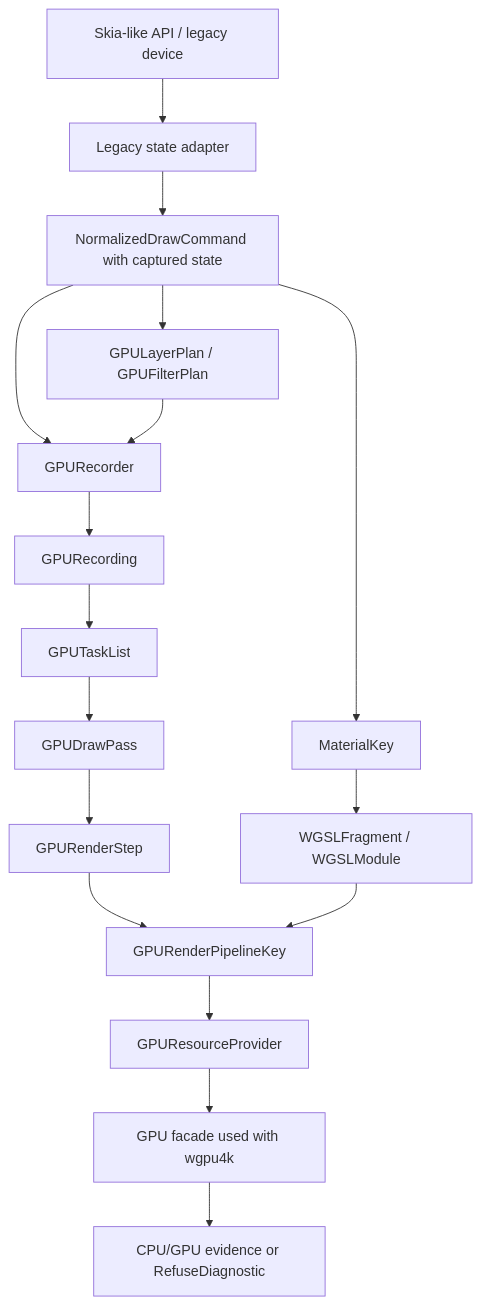
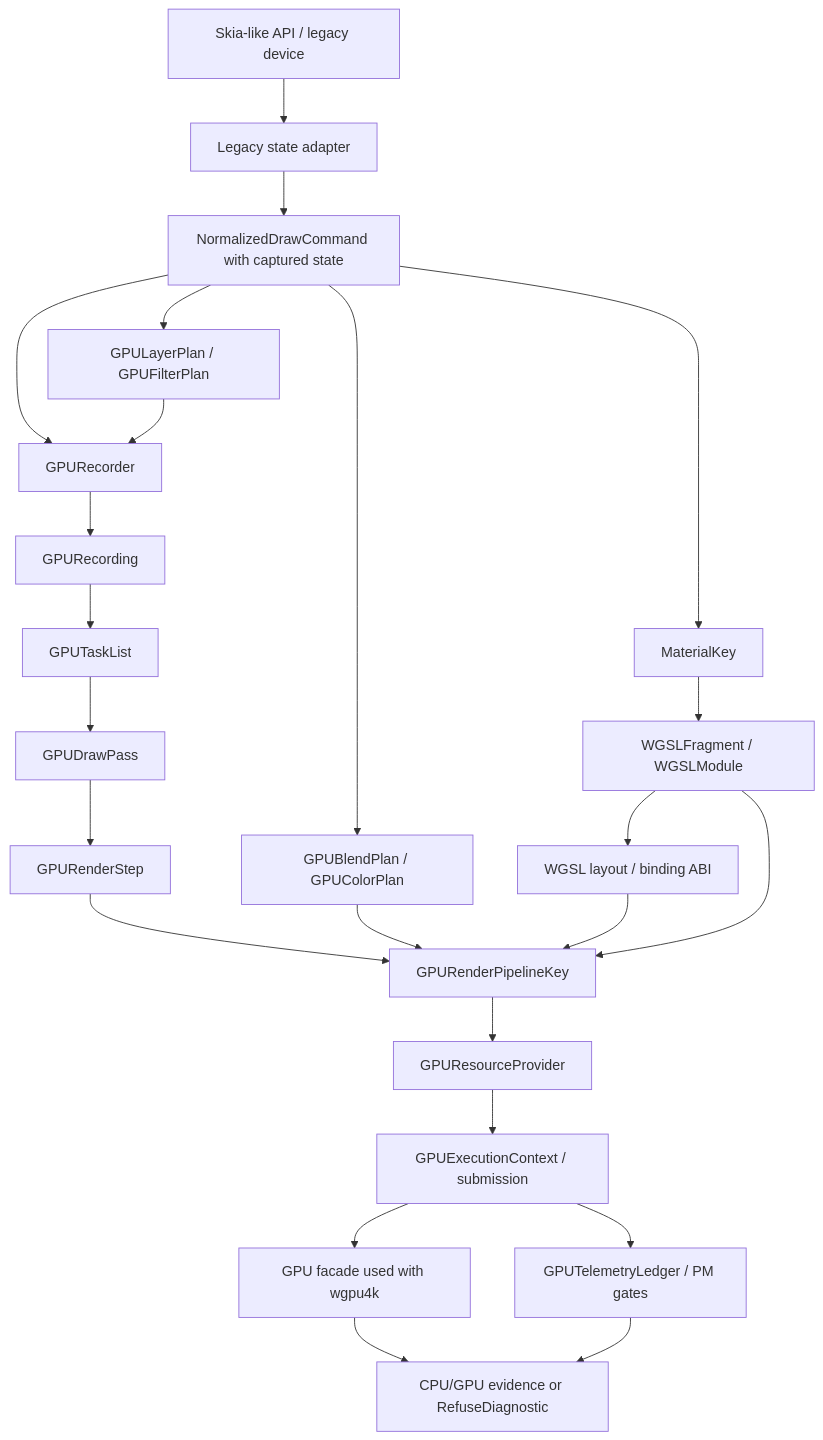
The diagram in .upstream/specs/gpu-renderer/README.md (ygdrasil-io/kanvas), drawn with Mermaid before and after one commit. The commit also changed other lines of this file and 8 other files, not shown here.

````diff
--- a/.upstream/specs/gpu-renderer/README.md
+++ b/.upstream/specs/gpu-renderer/README.md
@@ -119,19 +136,26 @@
 ```mermaid
 flowchart TD
     legacy["Skia-like API / legacy device"] --> adapter["Legacy state adapter"]
     adapter --> command["NormalizedDrawCommand with captured state"]
     command --> layerplan["GPULayerPlan / GPUFilterPlan"]
     command --> recorder["GPURecorder"]
     layerplan --> recorder
     recorder --> recording["GPURecording"]
     recording --> tasks["GPUTaskList"]
     tasks --> drawpass["GPUDrawPass"]
     drawpass --> step["GPURenderStep"]
     command --> material["MaterialKey"]
+    command --> blend["GPUBlendPlan / GPUColorPlan"]
     material --> wgsl["WGSLFragment / WGSLModule"]
+    wgsl --> abi["WGSL layout / binding ABI"]
     step --> pipeline["GPURenderPipelineKey"]
+    blend --> pipeline
+    abi --> pipeline
     wgsl --> pipeline
     pipeline --> resources["GPUResourceProvider"]
-    resources --> facade["GPU facade used with wgpu4k"]
+    resources --> execution["GPUExecutionContext / submission"]
+    execution --> facade["GPU facade used with wgpu4k"]
+    execution --> telemetry["GPUTelemetryLedger / PM gates"]
     facade --> evidence["CPU/GPU evidence or RefuseDiagnostic"]
+    telemetry --> evidence
 ```
````
